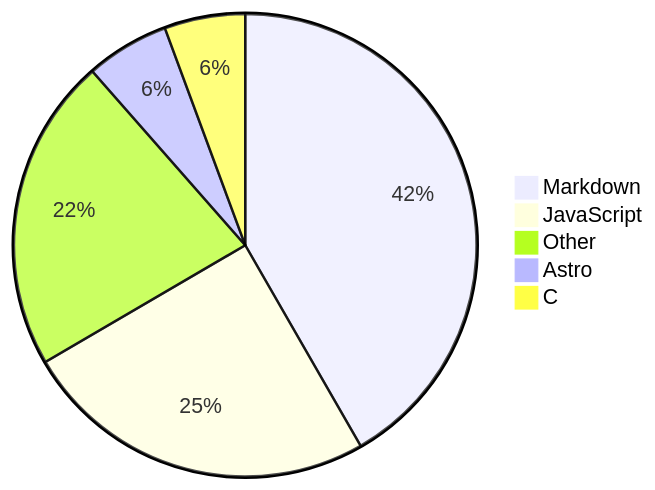
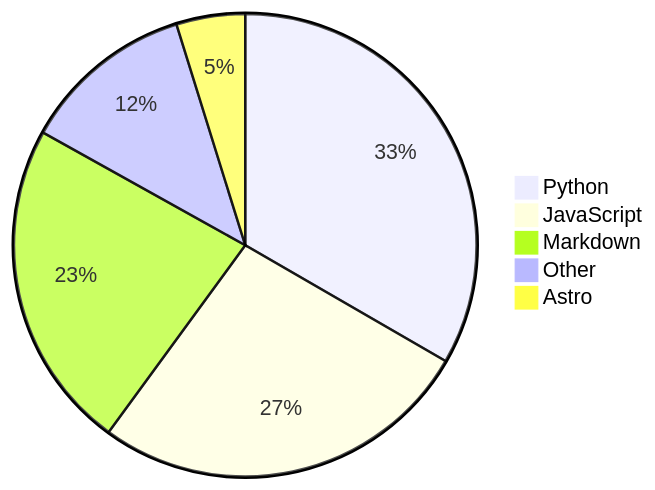
Before and after one commit to Alicia111/alicia111: the diagram in README.md, drawn with Mermaid.

Commit message:
Update WakaTime stats (・ω・)b

````diff
--- a/README.md
+++ b/README.md
@@ -32,8 +32,8 @@
 ```mermaid
 pie
-    "Markdown" : 39.61
-    "JavaScript" : 23.65
-    "Other" : 20.84
-    "Astro" : 5.54
-    "C" : 5.36
+    "Python" : 26.51
+    "JavaScript" : 21.23
+    "Markdown" : 18.32
+    "Other" : 9.62
+    "Astro" : 3.82
 ```
````
